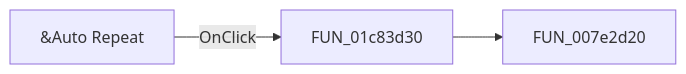
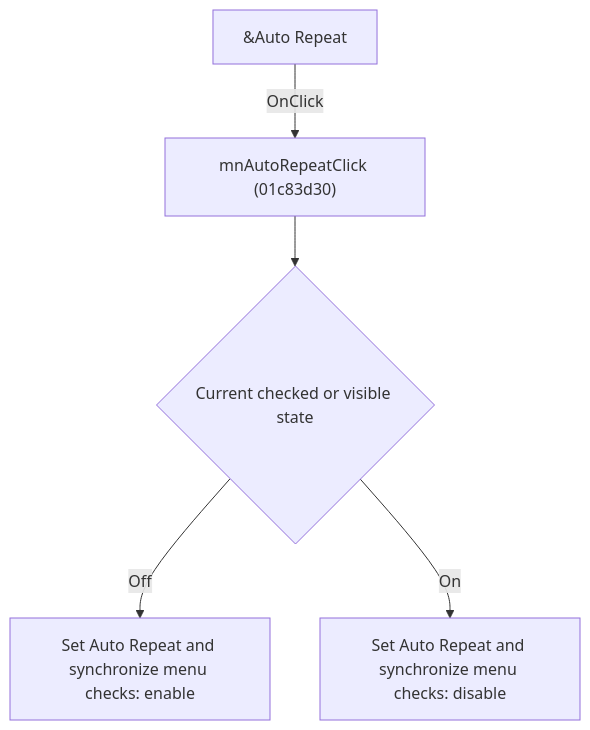
The diagram in docs/ui-controls/schematiceditor/mnautorepeat-17b2313615.md (MovGP0/TIARA), drawn with Mermaid before and after one commit. The commit also changed other lines of this file and 1062 other files, not shown here.

````diff
--- a/docs/ui-controls/schematiceditor/mnautorepeat-17b2313615.md
+++ b/docs/ui-controls/schematiceditor/mnautorepeat-17b2313615.md
@@ -27,5 +27,7 @@
 ```mermaid
-flowchart LR
-    control["&Auto Repeat"] -->|OnClick| handler["FUN_01c83d30"]
-    handler --> call1["FUN_007e2d20"]
+flowchart TD
+    control["&Auto Repeat"] -->|"OnClick"| handler["mnAutoRepeatClick (01c83d30)"]
+    handler --> current{"Current checked or visible state"}
+    current -->|"Off"| enable["Set Auto Repeat and synchronize menu checks: enable"]
+    current -->|"On"| disable["Set Auto Repeat and synchronize menu checks: disable"]
 ```
````
